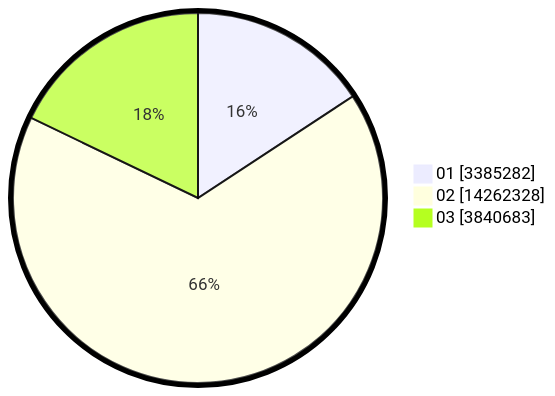
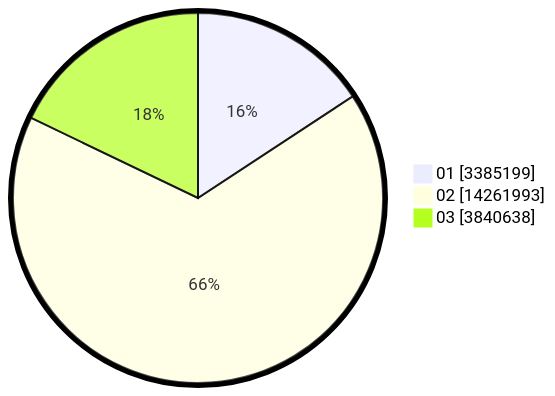
One commit to gigit-pemilu/pemilu-2024 changed the second of 2 diagrams in pilpres/hitung-suara/sub/table-wilayah-35.md. Above: the diagram before and after it, drawn with Mermaid. The commit also changed other lines of this file and 9 other files, not shown here.

````diff
--- a/pilpres/hitung-suara/sub/table-wilayah-35.md
+++ b/pilpres/hitung-suara/sub/table-wilayah-35.md
@@ -15,7 +15,7 @@
 ```mermaid
 %%{init: {"pie": {"textPosition": 0.5}, "themeVariables": {"pieOuterStrokeWidth": "5px"}} }%%
 pie showData
-    "01" : 3385282
-    "02" : 14262328
-    "03" : 3840683
+    "01" : 3385199
+    "02" : 14261993
+    "03" : 3840638
 ```
````
